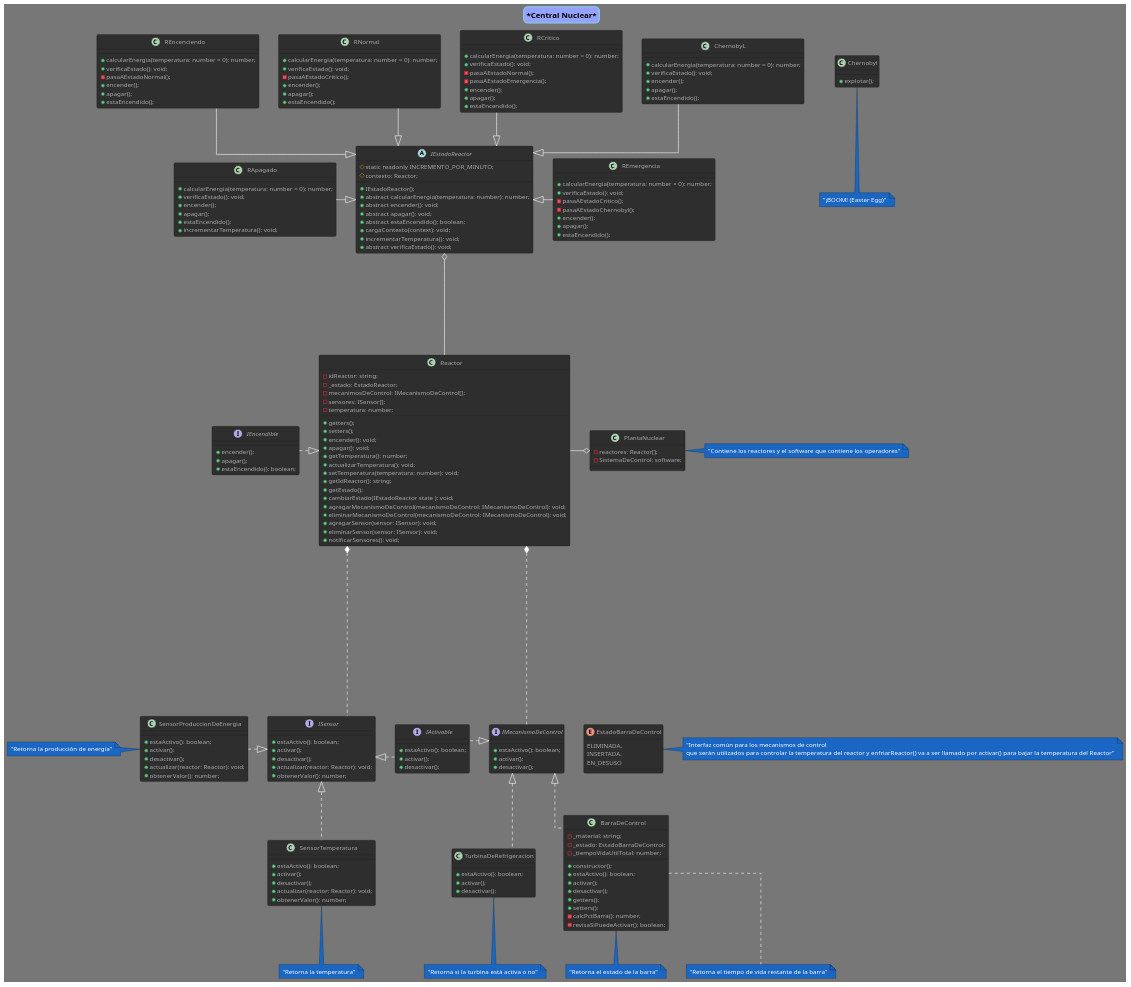
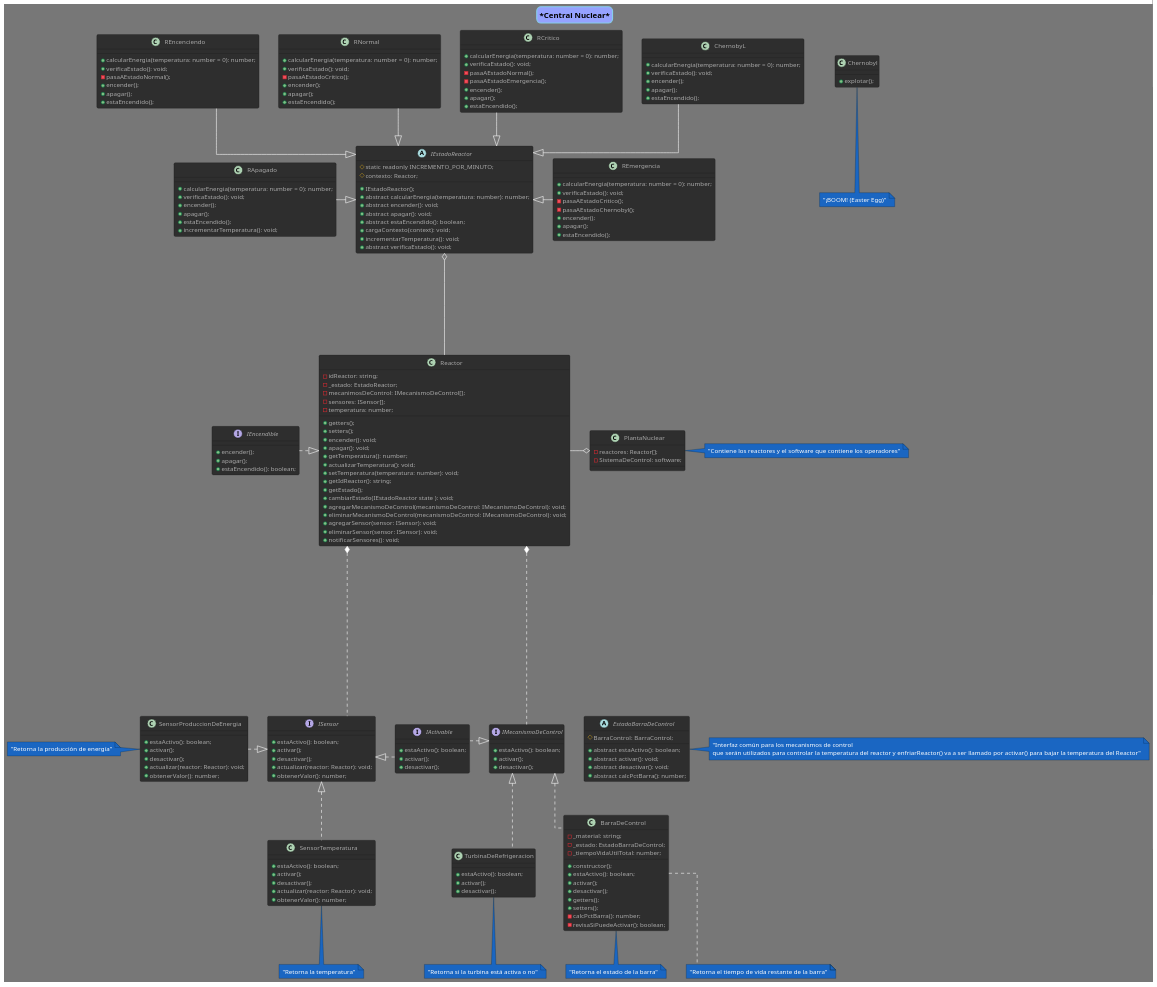
Before and after one commit to fmiguezo/reactor_nuclear: the diagram in diagrams/clases_central_nuclear.puml, drawn with PlantUML. The commit also changed 1 other file, not shown here.

Commit message:
Actualizado enum que pasó a ser clase abstracta

```diff
--- a/diagrams/clases_central_nuclear.puml
+++ b/diagrams/clases_central_nuclear.puml
@@ -181,10 +181,13 @@
 
 }
 
-enum EstadoBarraDeControl {
-    ELIMINADA,
-    INSERTADA,
-    EN_DESUSO
+abstract class EstadoBarraDeControl {
+    #BarraControl: BarraControl;
+
+    +abstract estaActivo(): boolean;
+    +abstract activar(): void;
+    +abstract desactivar(): void;
+    +abstract calcPctBarra(): number;
 }
 
 '' Turbina de refrigeración
```
